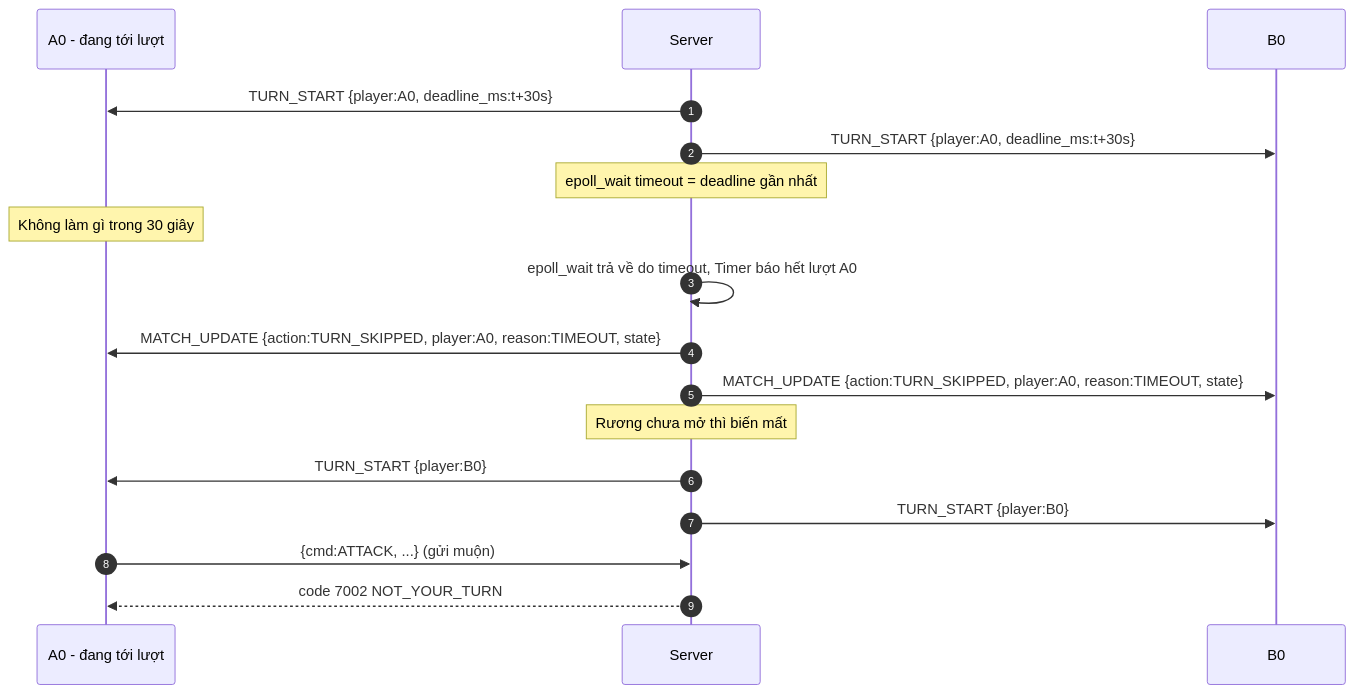
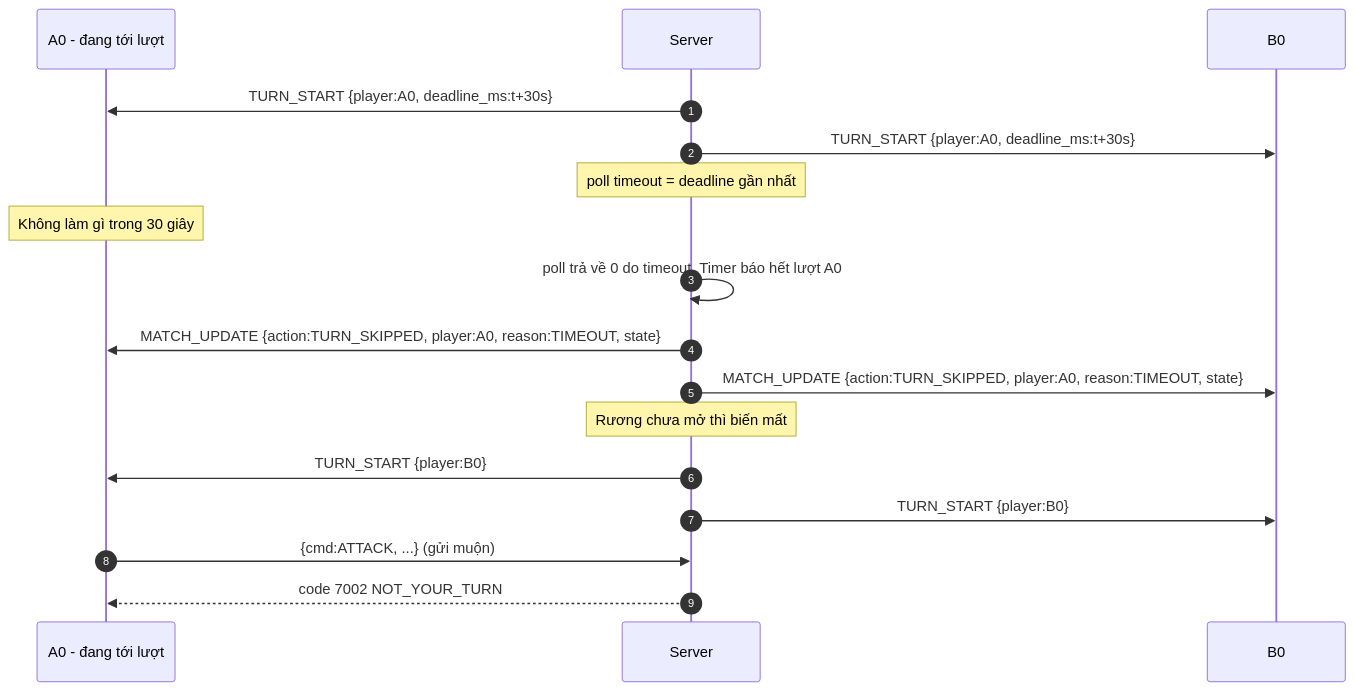
The diagram in Project/docs/design/diagrams/sequence/20-timeout-turn.md (dson19/network), drawn with Mermaid before and after one commit. The commit also changed 7 other files, not shown here.

````diff
--- a/Project/docs/design/diagrams/sequence/20-timeout-turn.md
+++ b/Project/docs/design/diagrams/sequence/20-timeout-turn.md
@@ -5,20 +5,20 @@
 ```mermaid
 sequenceDiagram
     autonumber
     participant A as A0 - đang tới lượt
     participant S as Server
     participant B as B0
 
     S->>A: TURN_START {player:A0, deadline_ms:t+30s}
     S->>B: TURN_START {player:A0, deadline_ms:t+30s}
-    Note over S: epoll_wait timeout = deadline gần nhất
+    Note over S: poll timeout = deadline gần nhất
     Note over A: Không làm gì trong 30 giây
-    S->>S: epoll_wait trả về do timeout, Timer báo hết lượt A0
+    S->>S: poll trả về 0 do timeout, Timer báo hết lượt A0
     S->>A: MATCH_UPDATE {action:TURN_SKIPPED, player:A0, reason:TIMEOUT, state}
     S->>B: MATCH_UPDATE {action:TURN_SKIPPED, player:A0, reason:TIMEOUT, state}
     Note over S: Rương chưa mở thì biến mất
     S->>A: TURN_START {player:B0}
     S->>B: TURN_START {player:B0}
     A->>S: {cmd:ATTACK, ...} (gửi muộn)
     S-->>A: code 7002 NOT_YOUR_TURN
 ```
````
